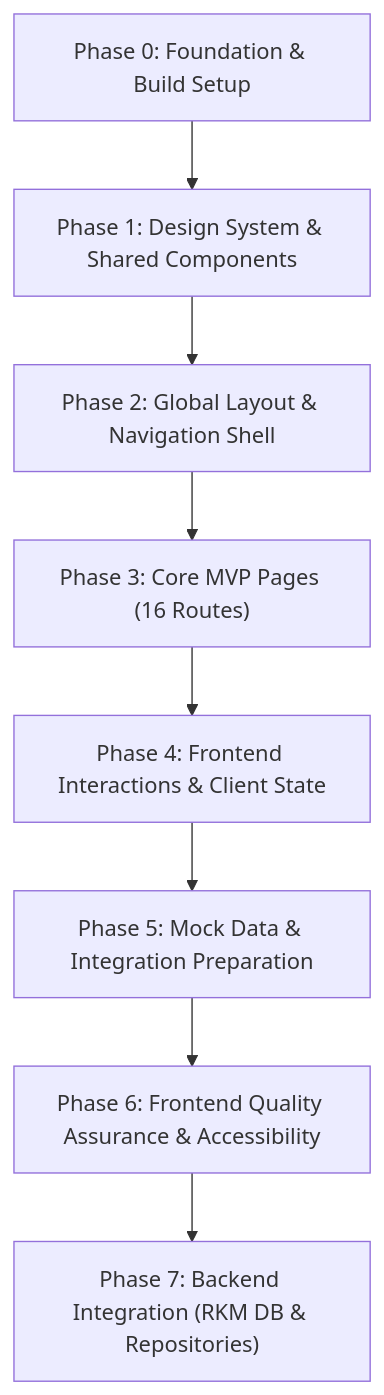
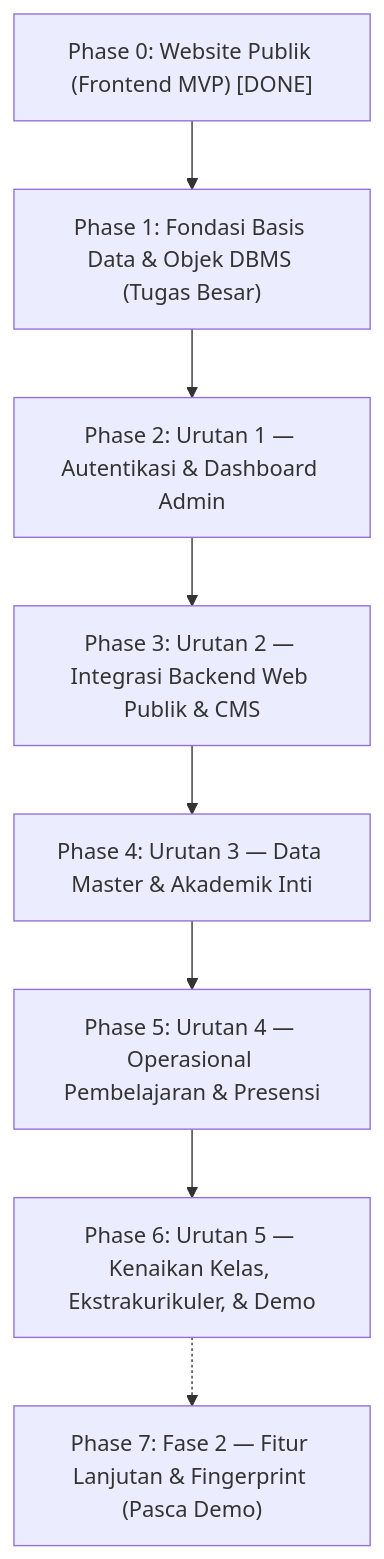
One commit to farhann-lab/MSBD-Project-PortalSMPM7- changed the diagram in TASKS.md. Above: the diagram before and after it, drawn with Mermaid. The commit also changed other lines of this file and 3 other files, not shown here.

````diff
--- a/TASKS.md
+++ b/TASKS.md
@@ -63,10 +29,10 @@
 ```mermaid
 flowchart TD
-    P0["Phase 0: Foundation & Build Setup"] --> P1["Phase 1: Design System & Shared Components"]
-    P1 --> P2["Phase 2: Global Layout & Navigation Shell"]
-    P2 --> P3["Phase 3: Core MVP Pages (16 Routes)"]
-    P3 --> P4["Phase 4: Frontend Interactions & Client State"]
-    P4 --> P5["Phase 5: Mock Data & Integration Preparation"]
-    P5 --> P6["Phase 6: Frontend Quality Assurance & Accessibility"]
-    P6 --> P7["Phase 7: Backend Integration (RKM DB & Repositories)"]
+    P0["Phase 0: Website Publik (Frontend MVP) [DONE]"] --> P1["Phase 1: Fondasi Basis Data & Objek DBMS (Tugas Besar)"]
+    P1 --> P2["Phase 2: Urutan 1 — Autentikasi & Dashboard Admin"]
+    P2 --> P3["Phase 3: Urutan 2 — Integrasi Backend Web Publik & CMS"]
+    P3 --> P4["Phase 4: Urutan 3 — Data Master & Akademik Inti"]
+    P4 --> P5["Phase 5: Urutan 4 — Operasional Pembelajaran & Presensi"]
+    P5 --> P6["Phase 6: Urutan 5 — Kenaikan Kelas, Ekstrakurikuler, & Demo"]
+    P6 -.-> P7["Phase 7: Fase 2 — Fitur Lanjutan & Fingerprint (Pasca Demo)"]
 ```
````
